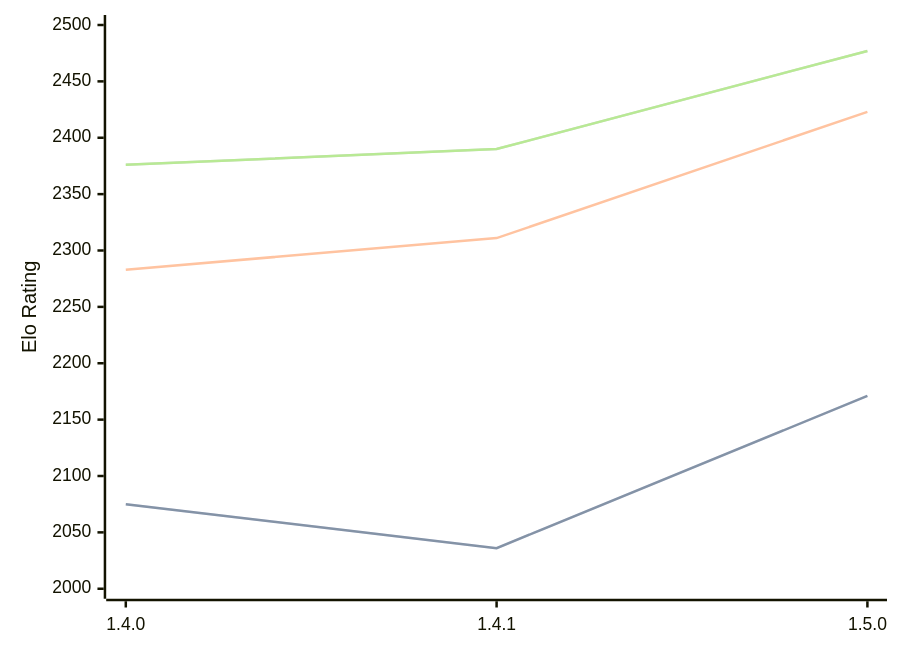
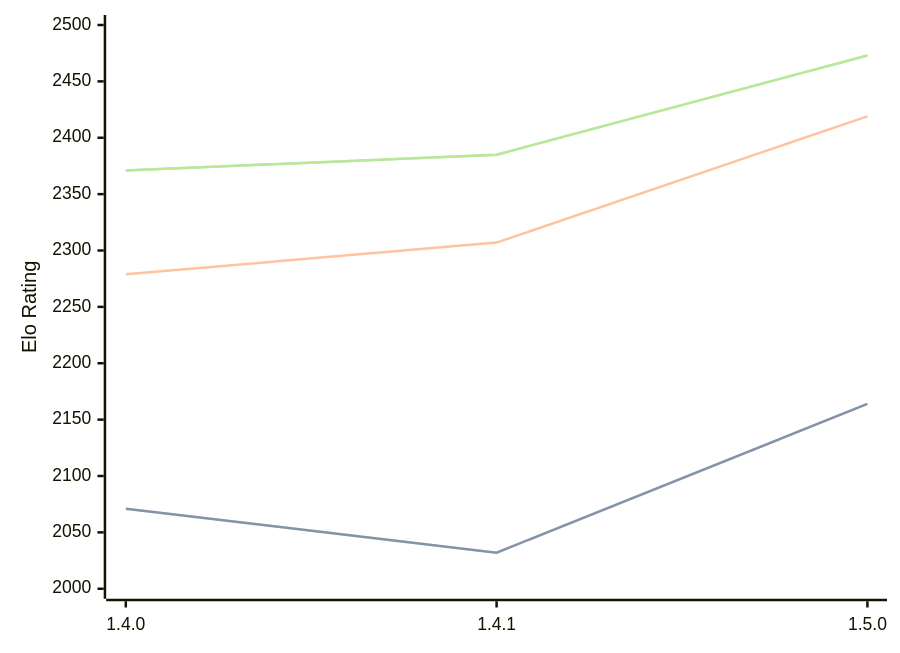
The third of 3 diagrams in engines/Tofiks.md (computer-chess-index/cci), drawn with Mermaid before and after one commit. The commit also changed other lines of this file, not shown here.

Commit message:
Update CCI Ratings (ELO VLTC) - 2026-07-16

````diff
--- a/engines/Tofiks.md
+++ b/engines/Tofiks.md
@@ -70,11 +70,11 @@
 ```mermaid
 %%{init: {"theme":"base","themeVariables":{"seriesColors:['#a3a3a3','#222221','#faa371']}}}%%
 xychart-beta
   x-axis ["1.4.0", "1.4.1", "1.5.0"]
   y-axis "Elo Rating" 2000 --> 2500
-  line "STC (8.0+0.08s)" [2075, 2036, 2171]
-  line "STC (8.0+0.08s)" [2075, 2036, 2171]
-  line "LTC (60.0+0.60s)" [2283, 2311, 2423]
-  line "VLTC (2m24s+1.12s)" [2376, 2390, 2477]
-  line "VLTC (2m24s+1.12s)" [2376, 2390, 2477]
+  line "STC (8.0+0.08s)" [2071, 2032, 2164]
+  line "STC (8.0+0.08s)" [2071, 2032, 2164]
+  line "LTC (60.0+0.60s)" [2279, 2307, 2419]
+  line "VLTC (2m24s+1.12s)" [2371, 2385, 2473]
+  line "VLTC (2m24s+1.12s)" [2371, 2385, 2473]
 ```
````
